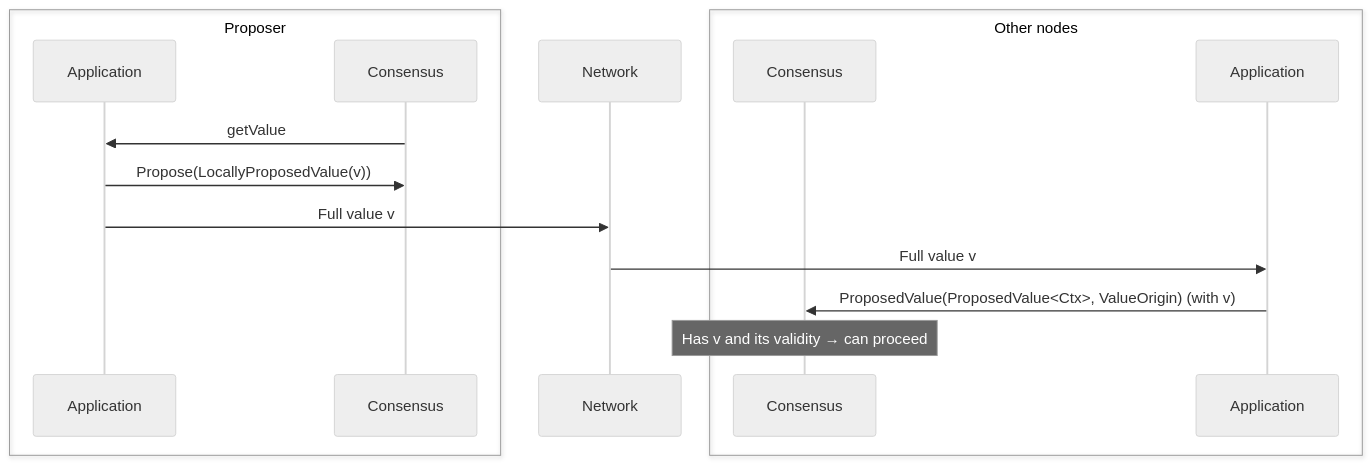
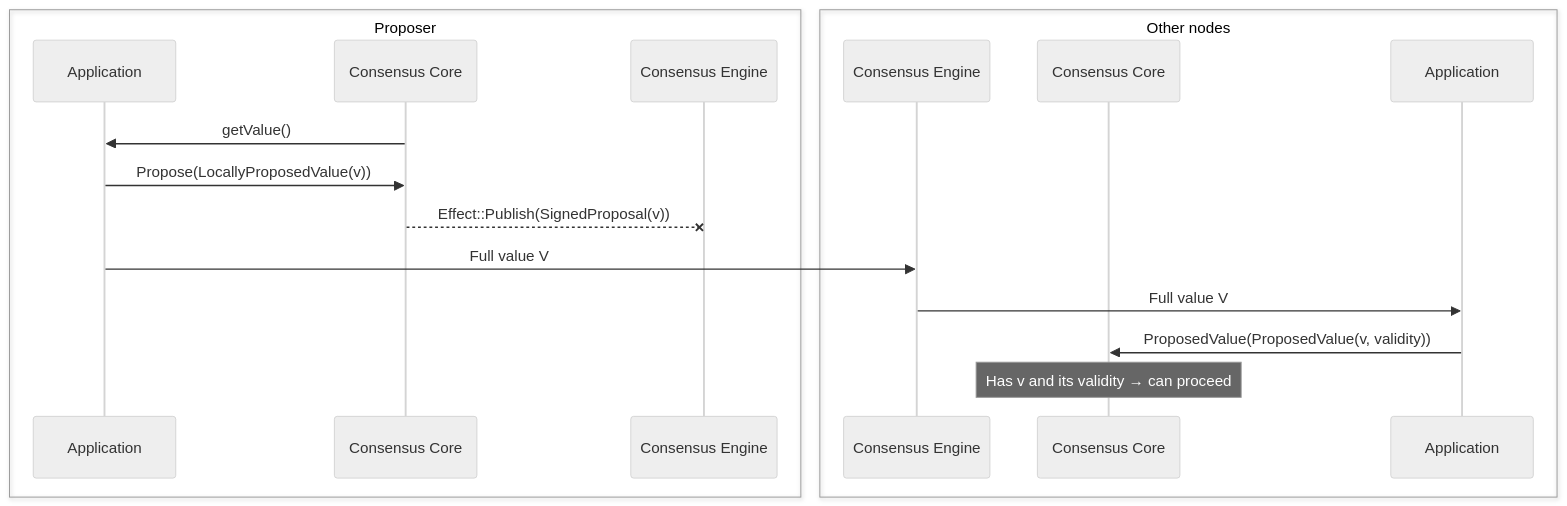
One commit to circlefin/malachite changed the third of 3 diagrams in docs/architecture/adr-003-values-propagation.md. Above: the diagram before and after it, drawn with Mermaid (neutral theme). The commit also changed other lines of this file, not shown here.

Commit message:
Separate consensus core and engine, remove network

````diff
--- a/docs/architecture/adr-003-values-propagation.md
+++ b/docs/architecture/adr-003-values-propagation.md
@@ -217,24 +220,24 @@
 ```mermaid
 sequenceDiagram
     box Proposer
       participant A1 as Application
-      participant C1 as Consensus
+      participant C1 as Consensus Core
+      participant E1 as Consensus Engine
     end
 
-    participant N as Network
-
     box Other nodes
-      participant C2 as Consensus
+      participant E2 as Consensus Engine
+      participant C2 as Consensus Core
       participant A2 as Application
     end
 
-    C1->>A1: getValue
+    C1->>A1: getValue()
     A1->>C1: Propose(LocallyProposedValue(v))
-    
-    A1->>N: Full value v
-    N->>A2: Full value v
+    C1--xE1: Effect::Publish(SignedProposal(v))
 
-    A2->>C2: ProposedValue(ProposedValue<Ctx>, ValueOrigin) (with v)
+    A1->>E2: Full value V
+    E2->>A2: Full value V
+    A2->>C2: ProposedValue(ProposedValue(v, validity))
 
     Note over C2: Has v and its validity → can proceed
 ```
````
